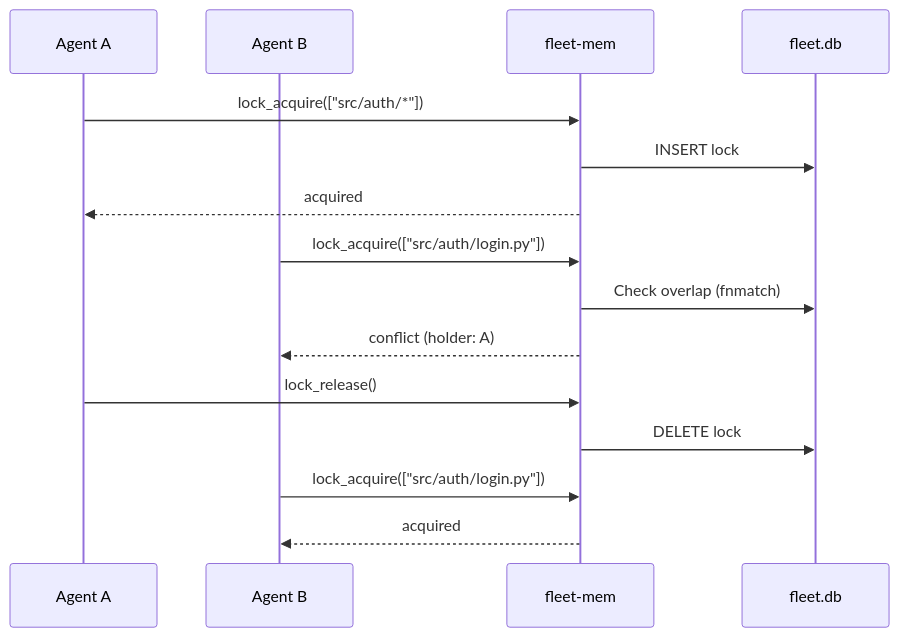
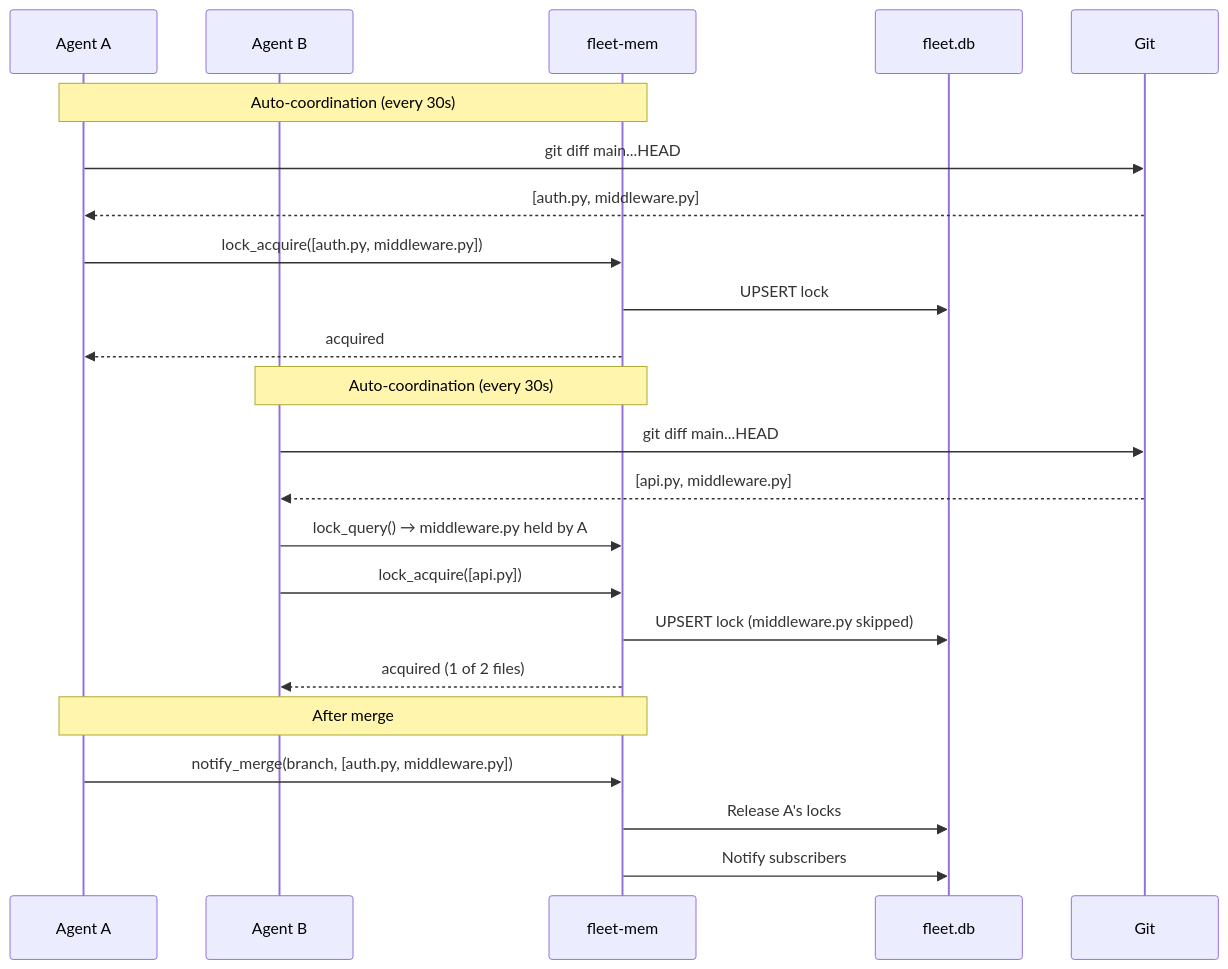
The fifth of 9 diagrams in README.md (sam-ent/fleet-mem), drawn with Mermaid before and after one commit. The commit also changed other lines of this file, not shown here.

First line of the commit message:
docs: update README for auto-coordination, monitor overhaul, WAL mode

````diff
--- a/README.md
+++ b/README.md
@@ -272,21 +275,28 @@
 ```mermaid
 sequenceDiagram
     participant A as Agent A
     participant B as Agent B
     participant FM as fleet-mem
     participant F as fleet.db
+    participant G as Git
 
-    A->>FM: lock_acquire(["src/auth/*"])
-    FM->>F: INSERT lock
+    Note over A,FM: Auto-coordination (every 30s)
+    A->>G: git diff main...HEAD
+    G-->>A: [auth.py, middleware.py]
+    A->>FM: lock_acquire([auth.py, middleware.py])
+    FM->>F: UPSERT lock
     FM-->>A: acquired
 
-    B->>FM: lock_acquire(["src/auth/login.py"])
-    FM->>F: Check overlap (fnmatch)
-    FM-->>B: conflict (holder: A)
+    Note over B,FM: Auto-coordination (every 30s)
+    B->>G: git diff main...HEAD
+    G-->>B: [api.py, middleware.py]
+    B->>FM: lock_query() → middleware.py held by A
+    B->>FM: lock_acquire([api.py])
+    FM->>F: UPSERT lock (middleware.py skipped)
+    FM-->>B: acquired (1 of 2 files)
 
-    A->>FM: lock_release()
-    FM->>F: DELETE lock
-
-    B->>FM: lock_acquire(["src/auth/login.py"])
-    FM-->>B: acquired
+    Note over A,FM: After merge
+    A->>FM: notify_merge(branch, [auth.py, middleware.py])
+    FM->>F: Release A's locks
+    FM->>F: Notify subscribers
 ```
````
